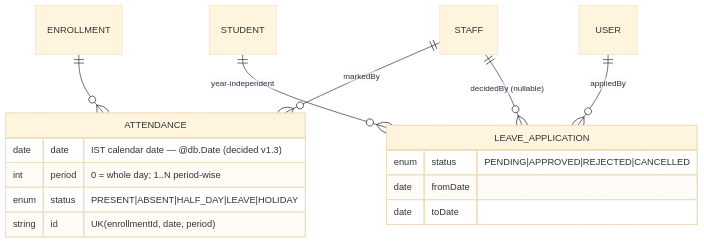
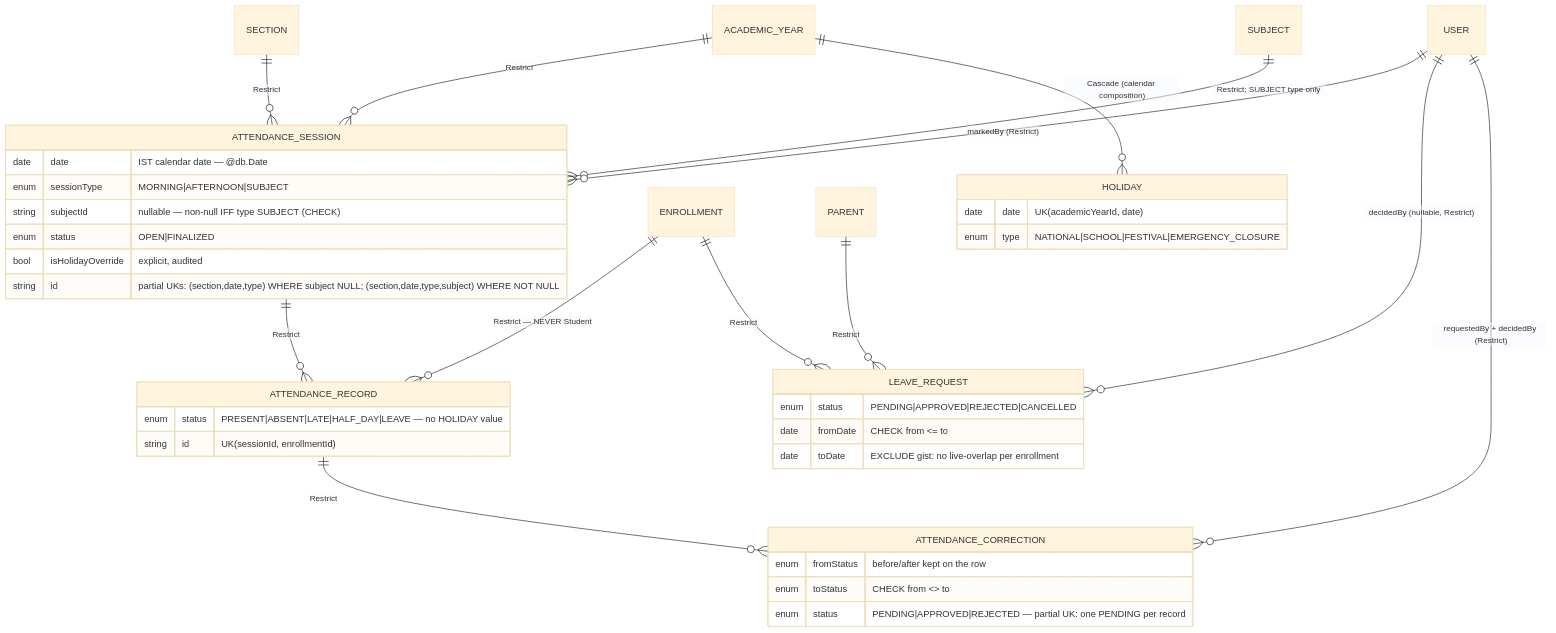
The third of 6 diagrams in docs/DB_RELATIONSHIP_DIAGRAM.md (imanaswer/MobileApp), drawn with Mermaid (base theme) before and after one commit. The commit also changed other lines of this file and 1 other file, not shown here.

Commit message:
docs(db): M4 Step 3 - attendance relationship graph verified + diagram updated

````diff
--- a/docs/DB_RELATIONSHIP_DIAGRAM.md
+++ b/docs/DB_RELATIONSHIP_DIAGRAM.md
@@ -75,20 +75,42 @@
 ```mermaid
 erDiagram
-    ENROLLMENT ||--o{ ATTENDANCE : ""
-    STAFF ||--o{ ATTENDANCE : "markedBy"
-    STUDENT ||--o{ LEAVE_APPLICATION : "year-independent"
-    USER ||--o{ LEAVE_APPLICATION : "appliedBy"
-    STAFF ||--o{ LEAVE_APPLICATION : "decidedBy (nullable)"
+    ACADEMIC_YEAR ||--o{ ATTENDANCE_SESSION : "Restrict"
+    SECTION ||--o{ ATTENDANCE_SESSION : "Restrict"
+    SUBJECT ||--o{ ATTENDANCE_SESSION : "Restrict; SUBJECT type only"
+    USER ||--o{ ATTENDANCE_SESSION : "markedBy (Restrict)"
+    ATTENDANCE_SESSION ||--o{ ATTENDANCE_RECORD : "Restrict"
+    ENROLLMENT ||--o{ ATTENDANCE_RECORD : "Restrict — NEVER Student"
+    ENROLLMENT ||--o{ LEAVE_REQUEST : "Restrict"
+    PARENT ||--o{ LEAVE_REQUEST : "Restrict"
+    USER ||--o{ LEAVE_REQUEST : "decidedBy (nullable, Restrict)"
+    ATTENDANCE_RECORD ||--o{ ATTENDANCE_CORRECTION : "Restrict"
+    USER ||--o{ ATTENDANCE_CORRECTION : "requestedBy + decidedBy (Restrict)"
+    ACADEMIC_YEAR ||--o{ HOLIDAY : "Cascade (calendar composition)"
 
-    ATTENDANCE {
-        date date "IST calendar date — @db.Date (decided v1.3)"
-        int period "0 = whole day; 1..N period-wise"
-        enum status "PRESENT|ABSENT|HALF_DAY|LEAVE|HOLIDAY"
-        string id "UK(enrollmentId, date, period)"
+    ATTENDANCE_SESSION {
+        date date "IST calendar date — @db.Date"
+        enum sessionType "MORNING|AFTERNOON|SUBJECT"
+        string subjectId "nullable — non-null IFF type SUBJECT (CHECK)"
+        enum status "OPEN|FINALIZED"
+        bool isHolidayOverride "explicit, audited"
+        string id "partial UKs: (section,date,type) WHERE subject NULL; (section,date,type,subject) WHERE NOT NULL"
     }
-    LEAVE_APPLICATION {
+    ATTENDANCE_RECORD {
+        enum status "PRESENT|ABSENT|LATE|HALF_DAY|LEAVE — no HOLIDAY value"
+        string id "UK(sessionId, enrollmentId)"
+    }
+    LEAVE_REQUEST {
         enum status "PENDING|APPROVED|REJECTED|CANCELLED"
-        date fromDate ""
-        date toDate ""
+        date fromDate "CHECK from <= to"
+        date toDate "EXCLUDE gist: no live-overlap per enrollment"
+    }
+    ATTENDANCE_CORRECTION {
+        enum fromStatus "before/after kept on the row"
+        enum toStatus "CHECK from <> to"
+        enum status "PENDING|APPROVED|REJECTED — partial UK: one PENDING per record"
+    }
+    HOLIDAY {
+        date date "UK(academicYearId, date)"
+        enum type "NATIONAL|SCHOOL|FESTIVAL|EMERGENCY_CLOSURE"
     }
 ```
````
